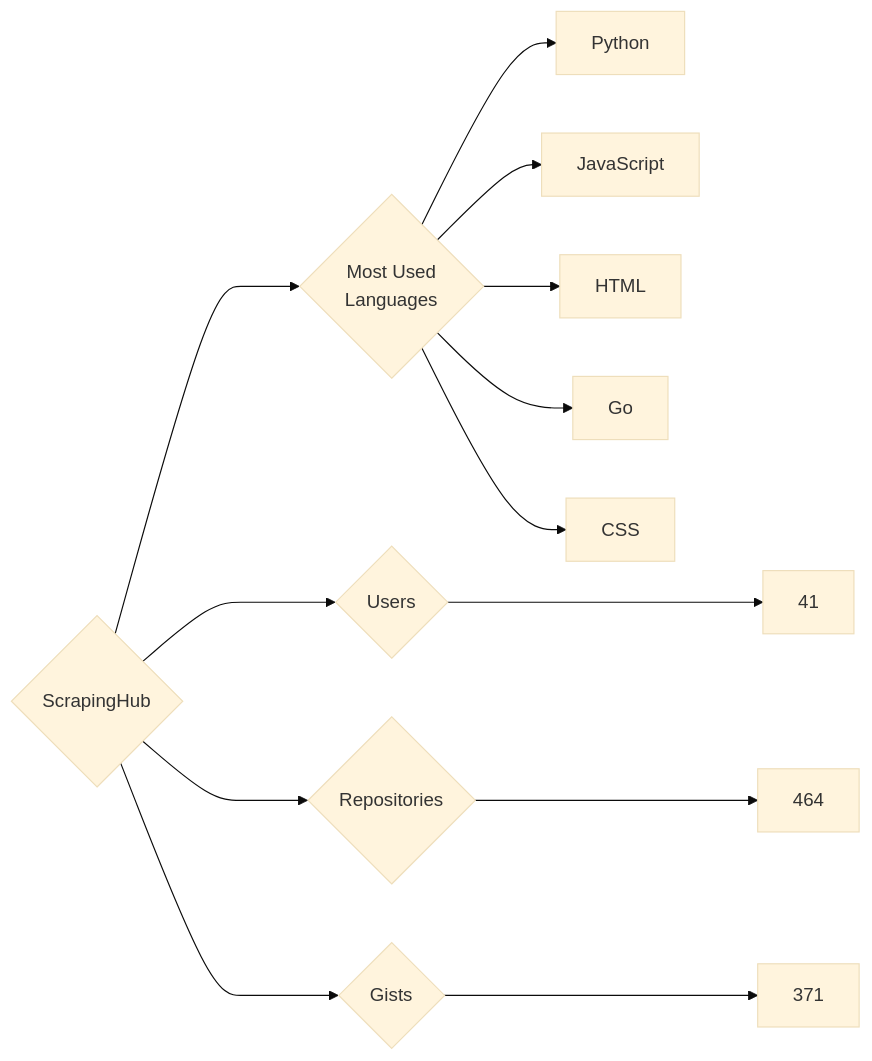
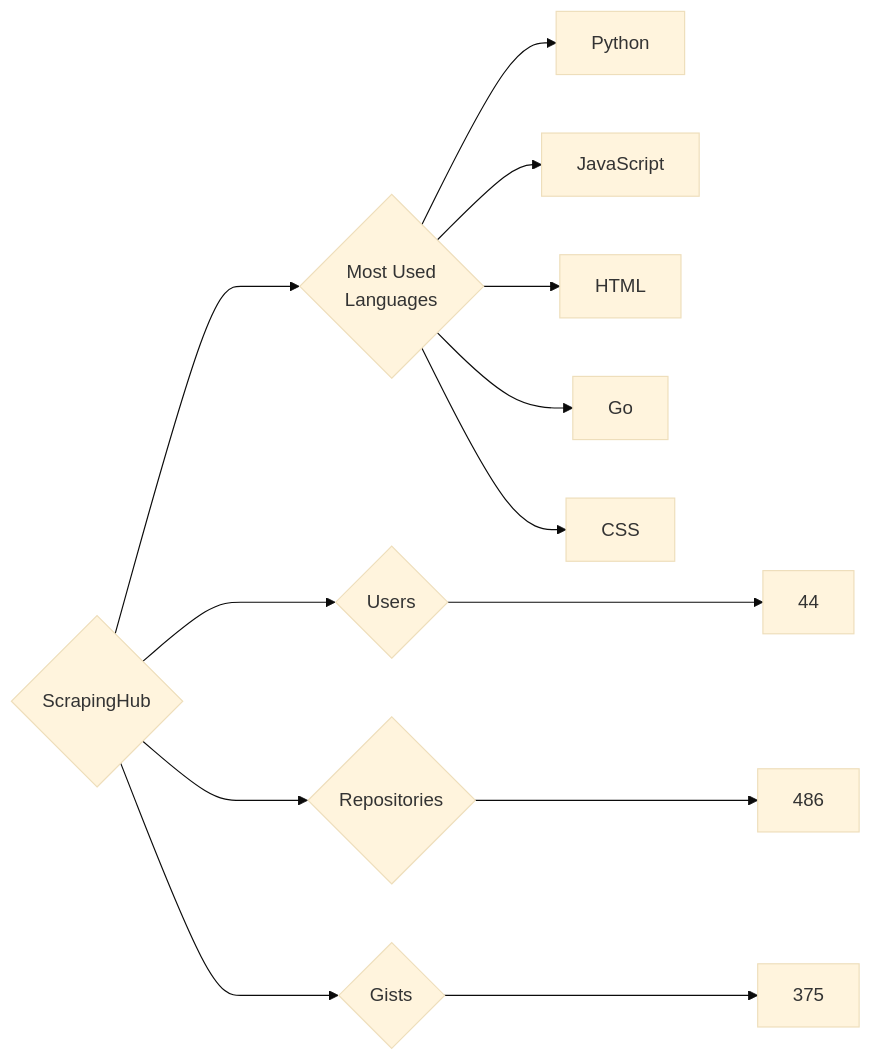
The diagram in targets/ScrapingHub/README.md (trickest/insiders), drawn with Mermaid (base theme) before and after one commit. The commit also changed 1508 other files, not shown here.

````diff
--- a/targets/ScrapingHub/README.md
+++ b/targets/ScrapingHub/README.md
@@ -3,13 +3,13 @@
 ```mermaid
 graph LR
 COMPANY_NAME{ScrapingHub}
-COMPANY_NAME ---> U{Users} ---> UN[41]
-COMPANY_NAME ---> R{Repositories} ---> RN[464]
-COMPANY_NAME ---> G{Gists} ---> GN[371]
+COMPANY_NAME ---> U{Users} ---> UN[44]
+COMPANY_NAME ---> R{Repositories} ---> RN[486]
+COMPANY_NAME ---> G{Gists} ---> GN[375]
 COMPANY_NAME ---> ML{Most Used<br>Languages}
 ML --> Python[Python]
 ML --> JavaScript[JavaScript]
 ML --> HTML[HTML]
 ML --> Go[Go]
 ML --> CSS[CSS]
 ```
````
